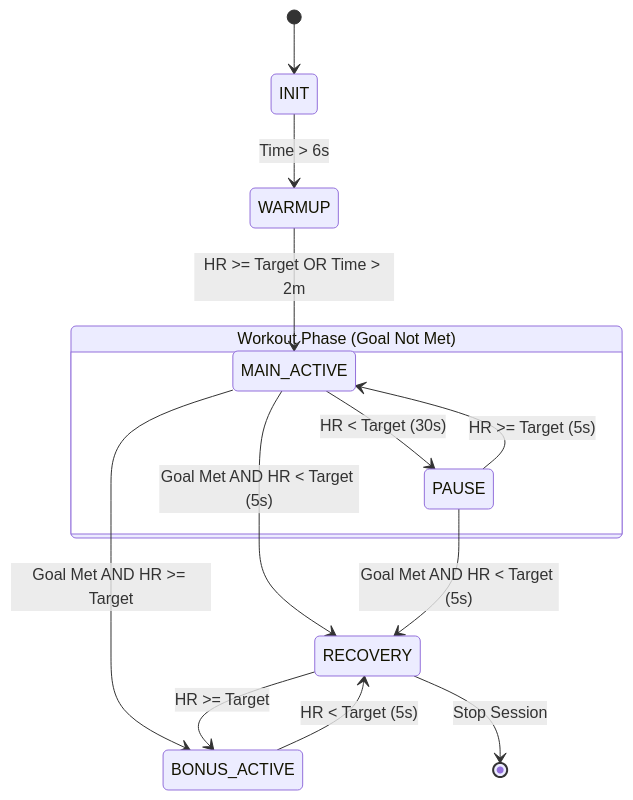
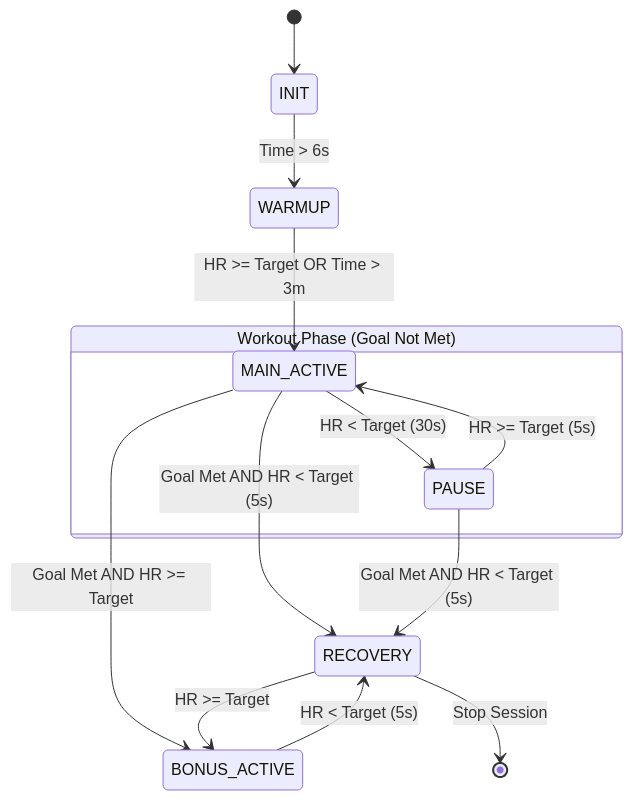
One commit to frogofprey/aahrm_vibe_proto changed the diagram in normal_state.md. Above: the diagram before and after it, drawn with Mermaid. The commit also changed other lines of this file and 5 other files, not shown here.

````diff
--- a/normal_state.md
+++ b/normal_state.md
@@ -18,22 +18,22 @@
 ```mermaid
 stateDiagram-v2
     [*] --> INIT
     INIT --> WARMUP: Time > 6s
     
-    WARMUP --> MAIN_ACTIVE: HR >= Target OR Time > 2m
+    WARMUP --> MAIN_ACTIVE: HR >= Target OR Time > 3m
     
     state "Workout Phase (Goal Not Met)" as Workout {
         MAIN_ACTIVE --> PAUSE: HR < Target (30s)
         PAUSE --> MAIN_ACTIVE: HR >= Target (5s)
     }
     
     MAIN_ACTIVE --> BONUS_ACTIVE: Goal Met AND HR >= Target
     MAIN_ACTIVE --> RECOVERY: Goal Met AND HR < Target (5s)
     
     PAUSE --> RECOVERY: Goal Met AND HR < Target (5s)
     
     BONUS_ACTIVE --> RECOVERY: HR < Target (5s)
     RECOVERY --> BONUS_ACTIVE: HR >= Target
     
     RECOVERY --> [*]: Stop Session
 ```
````
